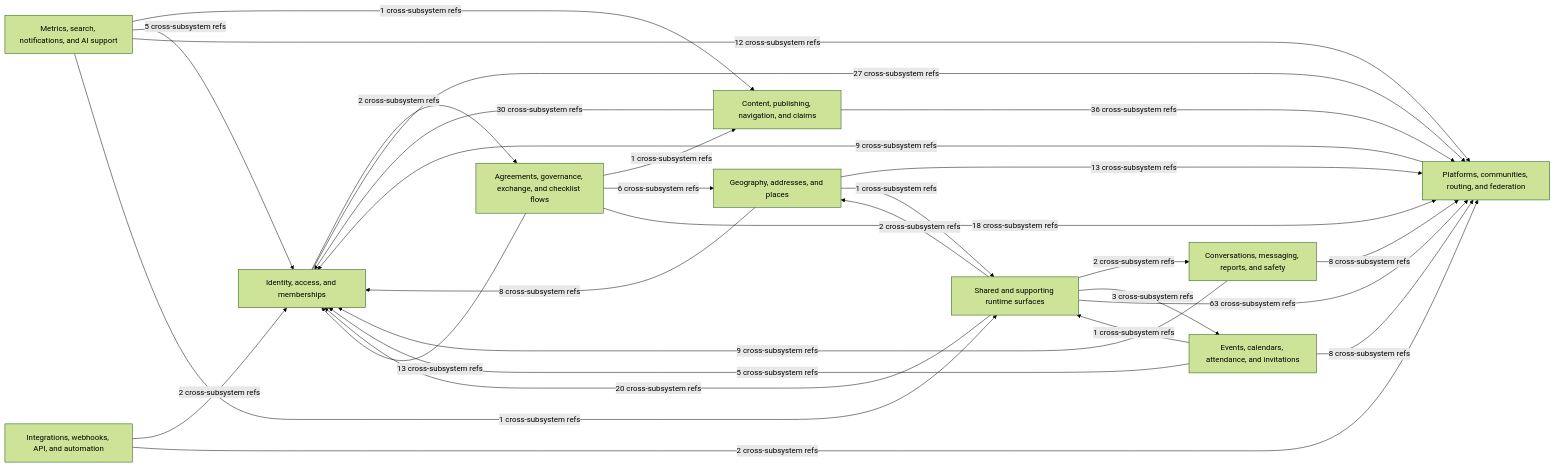
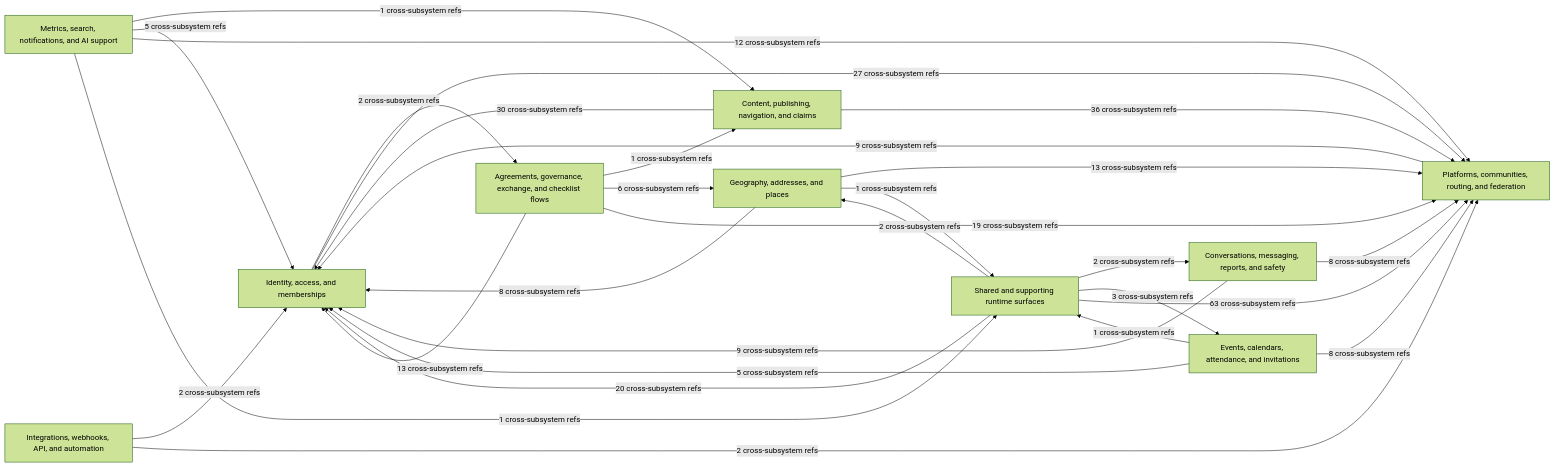
The diagram in docs/diagrams/source/ce_subsystem_interaction_map.mmd (better-together-org/community-engine-rails), drawn with Mermaid (forest theme) before and after one commit. The commit also changed 19 other files, not shown here.

```diff
--- a/docs/diagrams/source/ce_subsystem_interaction_map.mmd
+++ b/docs/diagrams/source/ce_subsystem_interaction_map.mmd
@@ -1,41 +1,41 @@
 %% Generated by scripts/export_subsystem_diagrams.rb
 flowchart LR
   identity_access["Identity, access, and memberships"]
   platform_network["Platforms, communities, routing, and federation"]
   content_publishing["Content, publishing, navigation, and claims"]
   geography_and_places["Geography, addresses, and places"]
   events_calendar["Events, calendars, attendance, and invitations"]
   conversations_safety["Conversations, messaging, reports, and safety"]
   exchange_governance["Agreements, governance, exchange, and checklist flows"]
   metrics_search_ai["Metrics, search, notifications, and AI support"]
   integrations_webhooks["Integrations, webhooks, API, and automation"]
   shared_supporting["Shared and supporting runtime surfaces"]
 
   content_publishing -->|30 cross-subsystem refs| identity_access
   content_publishing -->|36 cross-subsystem refs| platform_network
   conversations_safety -->|9 cross-subsystem refs| identity_access
   conversations_safety -->|8 cross-subsystem refs| platform_network
   events_calendar -->|5 cross-subsystem refs| identity_access
   events_calendar -->|8 cross-subsystem refs| platform_network
   events_calendar -->|1 cross-subsystem refs| shared_supporting
   exchange_governance -->|1 cross-subsystem refs| content_publishing
   exchange_governance -->|6 cross-subsystem refs| geography_and_places
   exchange_governance -->|13 cross-subsystem refs| identity_access
-  exchange_governance -->|18 cross-subsystem refs| platform_network
+  exchange_governance -->|19 cross-subsystem refs| platform_network
   geography_and_places -->|8 cross-subsystem refs| identity_access
   geography_and_places -->|13 cross-subsystem refs| platform_network
   geography_and_places -->|1 cross-subsystem refs| shared_supporting
   identity_access -->|2 cross-subsystem refs| exchange_governance
   identity_access -->|27 cross-subsystem refs| platform_network
   integrations_webhooks -->|2 cross-subsystem refs| identity_access
   integrations_webhooks -->|2 cross-subsystem refs| platform_network
   metrics_search_ai -->|1 cross-subsystem refs| content_publishing
   metrics_search_ai -->|5 cross-subsystem refs| identity_access
   metrics_search_ai -->|12 cross-subsystem refs| platform_network
   metrics_search_ai -->|1 cross-subsystem refs| shared_supporting
   platform_network -->|9 cross-subsystem refs| identity_access
   shared_supporting -->|2 cross-subsystem refs| conversations_safety
   shared_supporting -->|3 cross-subsystem refs| events_calendar
   shared_supporting -->|2 cross-subsystem refs| geography_and_places
   shared_supporting -->|20 cross-subsystem refs| identity_access
   shared_supporting -->|63 cross-subsystem refs| platform_network
```
